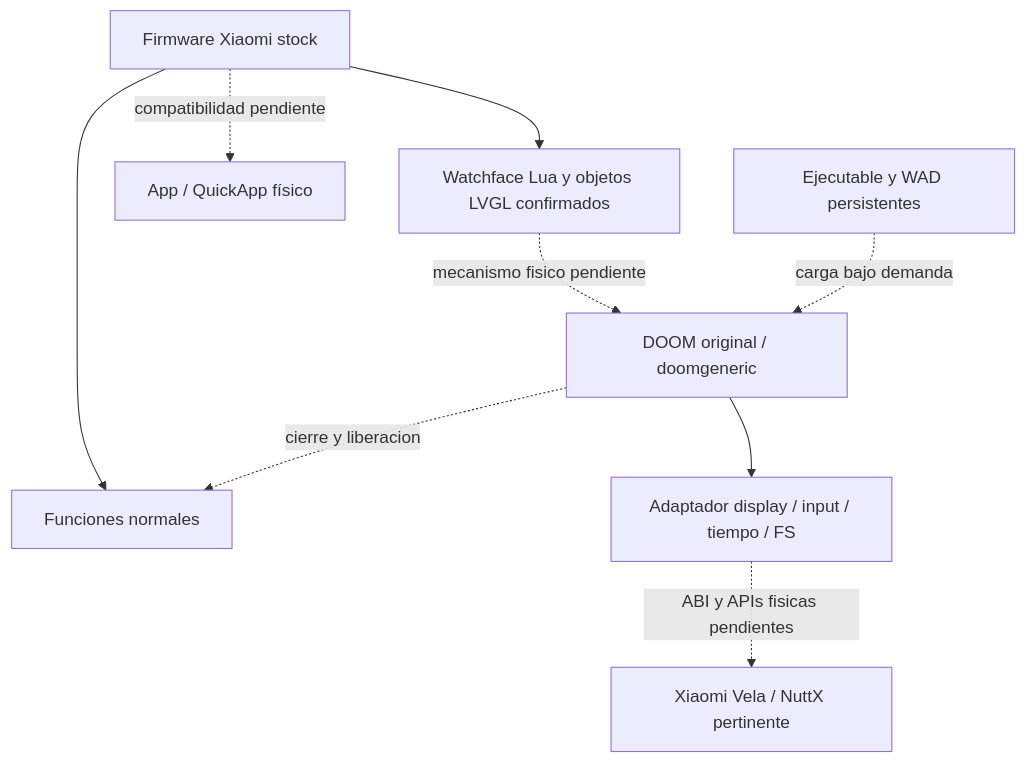
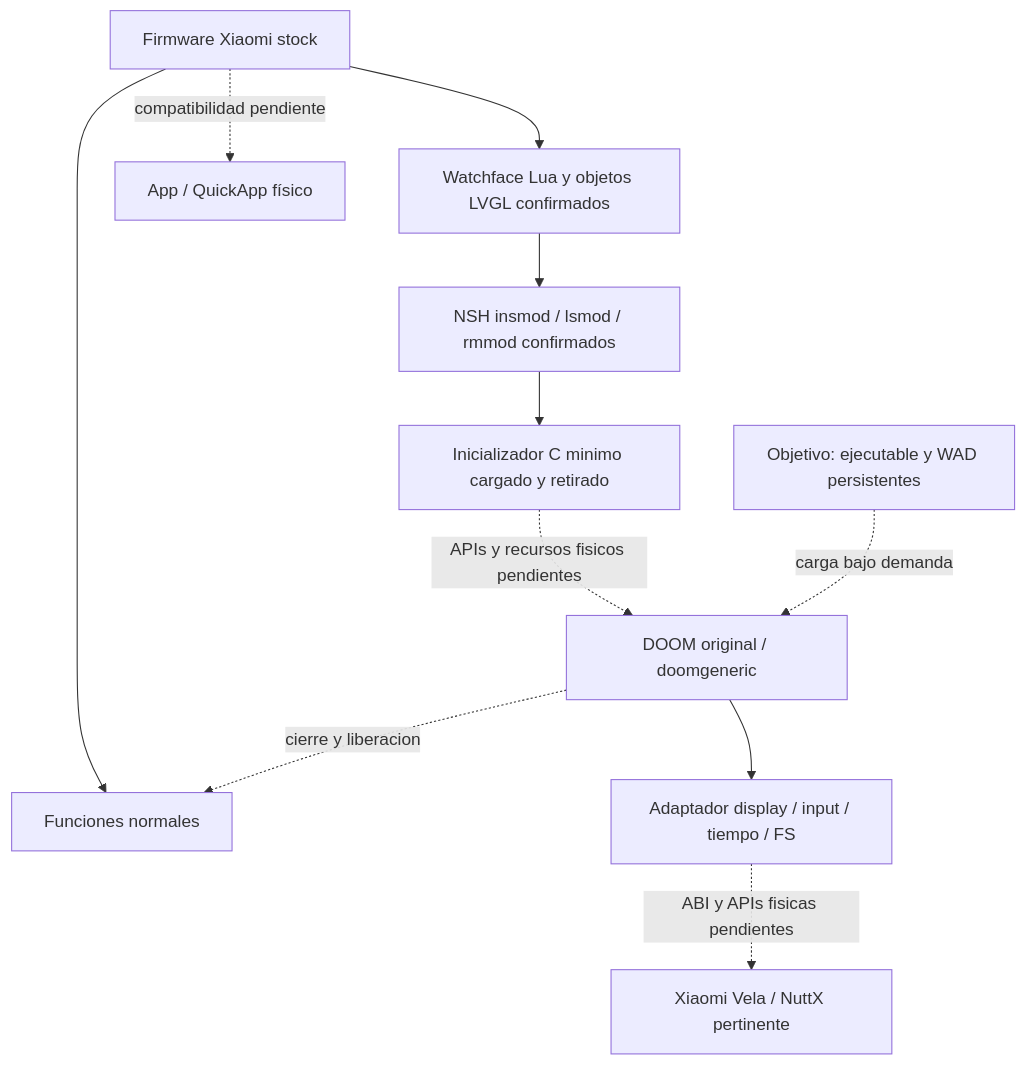
One commit to Pizofh/Doomed---Doom-for-Redmi-watch-4- changed the diagram in docs/architecture.md. Above: the diagram before and after it, drawn with Mermaid. The commit also changed other lines of this file and 12 other files, not shown here.

````diff
--- a/docs/architecture.md
+++ b/docs/architecture.md
@@ -11,11 +16,13 @@
 ```mermaid
 flowchart TD
     S[Firmware Xiaomi stock] --> W[Funciones normales]
     S --> L[Watchface Lua y objetos LVGL confirmados]
     S -. compatibilidad pendiente .-> A[App / QuickApp físico]
-    L -. mecanismo fisico pendiente .-> D[DOOM original / doomgeneric]
+    L --> N[NSH insmod / lsmod / rmmod confirmados]
+    N --> C[Inicializador C minimo cargado y retirado]
+    C -. APIs y recursos fisicos pendientes .-> D[DOOM original / doomgeneric]
     D --> P[Adaptador display / input / tiempo / FS]
     P -. ABI y APIs fisicas pendientes .-> V[Xiaomi Vela / NuttX pertinente]
-    F[Ejecutable y WAD persistentes] -. carga bajo demanda .-> D
+    F[Objetivo: ejecutable y WAD persistentes] -. carga bajo demanda .-> D
     D -. cierre y liberacion .-> W
 ```
````
